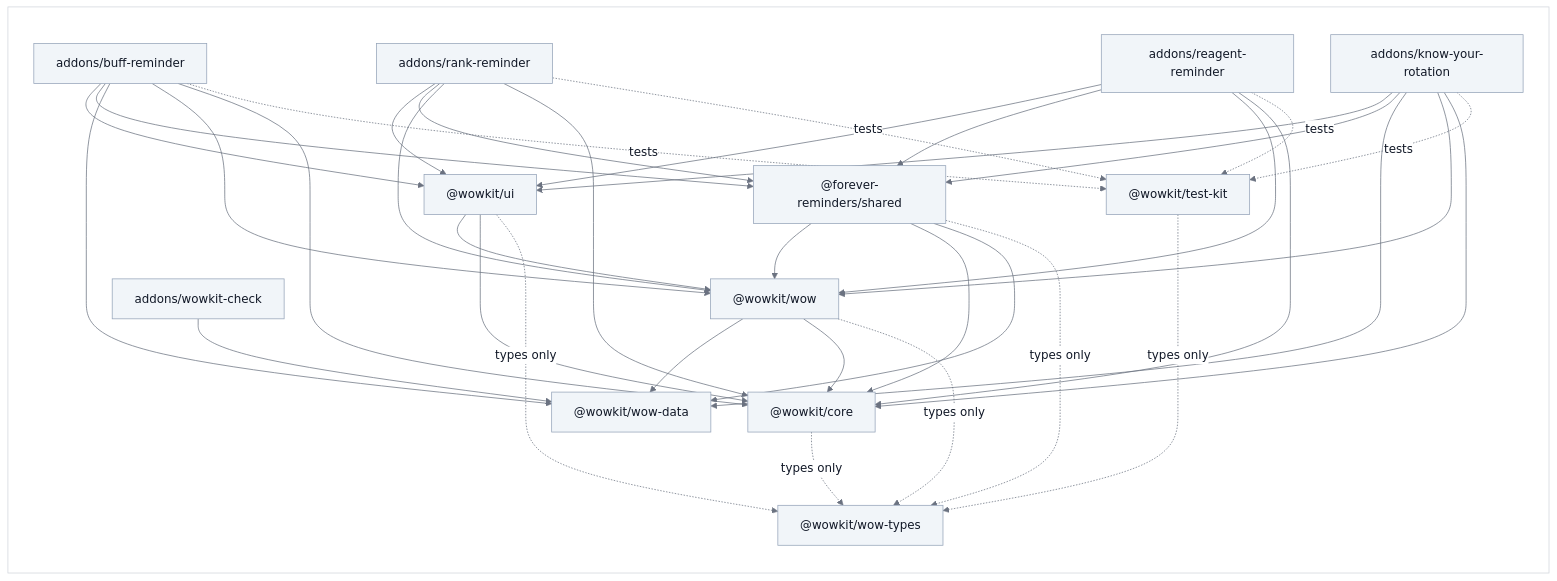
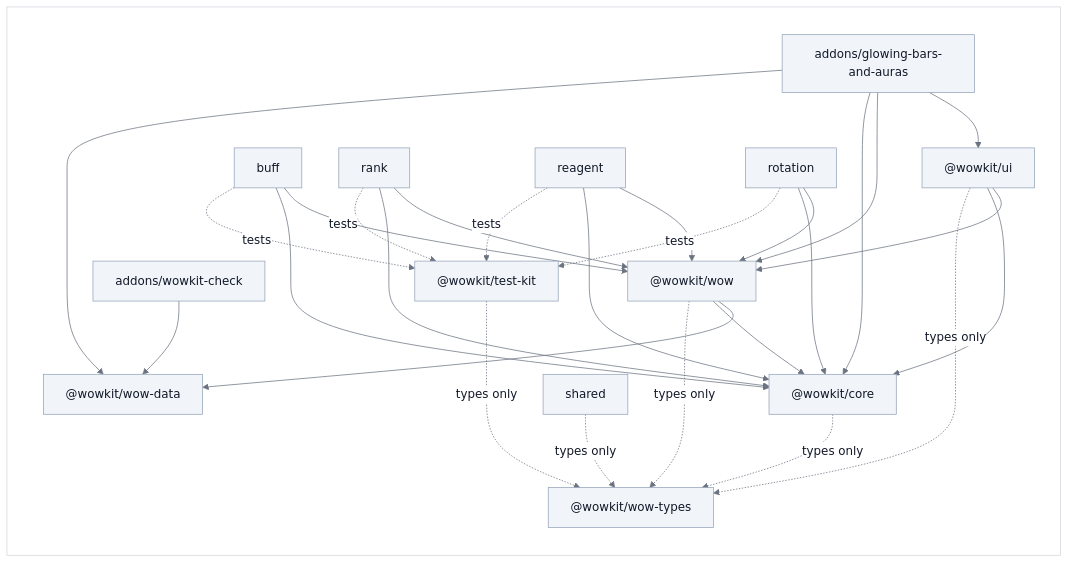
The diagram in docs/packages.md (vattiss/wowkit), drawn with Mermaid before and after one commit. The commit also changed other lines of this file and 265 other files, not shown here.

First line of the commit message:
feat(glowing-bars-and-auras): one addon that lights up the action bars

````diff
--- a/docs/packages.md
+++ b/docs/packages.md
@@ -31,44 +26,35 @@
 ```mermaid
 %%{init: {"theme":"base","themeVariables":{"background":"#ffffff","lineColor":"#6b7280","textColor":"#111827","primaryColor":"#f1f5f9","primaryTextColor":"#111827","primaryBorderColor":"#94a3b8","secondaryColor":"#e2e8f0","tertiaryColor":"#ffffff","mainBkg":"#f1f5f9","nodeBorder":"#94a3b8","nodeTextColor":"#111827","titleColor":"#111827","edgeLabelBackground":"#ffffff","labelBackground":"#ffffff","labelTextColor":"#111827","clusterBkg":"#ffffff","clusterBorder":"#d1d5db","classText":"#111827"}}}%%
 flowchart LR
     classDef default fill:#f1f5f9,stroke:#94a3b8,color:#111827
     subgraph PANEL[" "]
-        buff["addons/buff-reminder"] --> ui["@wowkit/ui"]
-        rank["addons/rank-reminder"] --> ui
-        reagent["addons/reagent-reminder"] --> ui
-        rotation["addons/know-your-rotation"] --> ui
-        buff --> shared["@forever-reminders/shared"]
-        rank --> shared
-        reagent --> shared
-        rotation --> shared
-        shared --> wow
-        shared --> core
-        shared --> data["@wowkit/wow-data"]
+        glowing["addons/glowing-bars-and-auras"] --> ui["@wowkit/ui"]
+        glowing --> wow
+        glowing --> core
+        glowing --> data["@wowkit/wow-data"]
         wow --> data
-        buff --> data
-        rotation --> data
         checker["addons/wowkit-check"] --> data
         buff --> wow["@wowkit/wow"]
         rank --> wow
         reagent --> wow
         rotation --> wow
         buff --> core["@wowkit/core"]
         rank --> core
         reagent --> core
         rotation --> core
         ui --> wow
         ui --> core
         wow --> core
         buff -. "tests" .-> testkit["@wowkit/test-kit"]
         rank -. "tests" .-> testkit
         reagent -. "tests" .-> testkit
         rotation -. "tests" .-> testkit
         wow -. "types only" .-> types["@wowkit/wow-types"]
         ui -. "types only" .-> types
         shared -. "types only" .-> types
         core -. "types only" .-> types
         testkit -. "types only" .-> types
     end
     classDef panel fill:#ffffff,stroke:#d1d5db,color:#111827
     class PANEL panel
 ```
````
